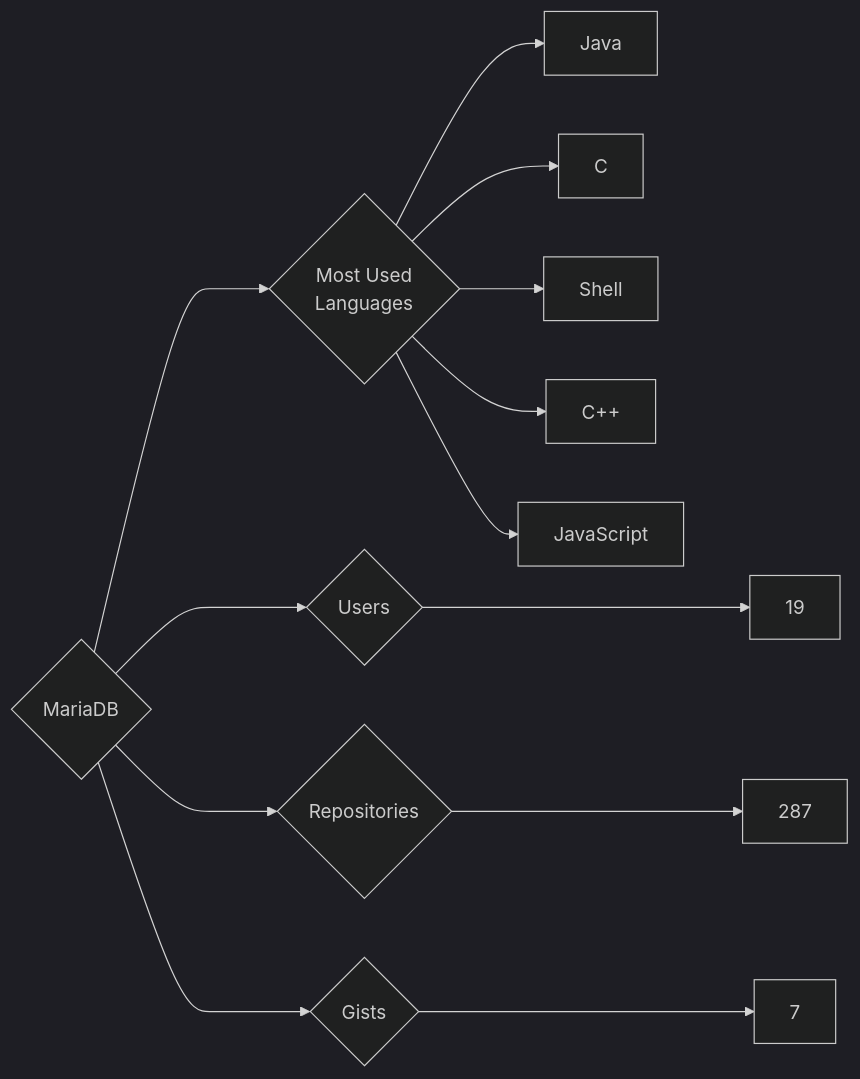
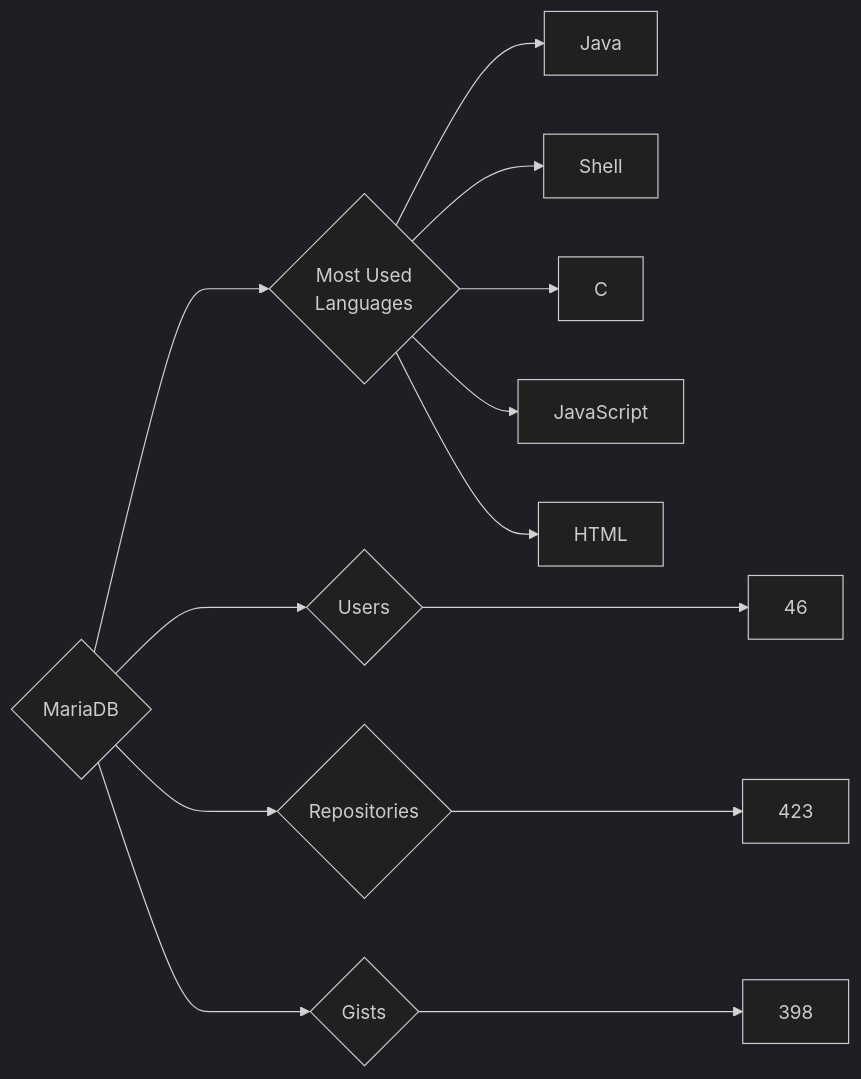
One commit to trickest/insiders changed the diagram in targets/MariaDB/README.md. Above: the diagram before and after it, drawn with Mermaid (dark theme). The commit also changed 976 other files, not shown here.

````diff
--- a/targets/MariaDB/README.md
+++ b/targets/MariaDB/README.md
@@ -3,13 +3,13 @@
 ```mermaid
 graph LR
 COMPANY_NAME{MariaDB}
-COMPANY_NAME ---> U{Users} ---> UN[19]
-COMPANY_NAME ---> R{Repositories} ---> RN[287]
-COMPANY_NAME ---> G{Gists} ---> GN[7]
+COMPANY_NAME ---> U{Users} ---> UN[46]
+COMPANY_NAME ---> R{Repositories} ---> RN[423]
+COMPANY_NAME ---> G{Gists} ---> GN[398]
 COMPANY_NAME ---> ML{Most Used<br>Languages}
 ML --> Java[Java]
+ML --> Shell[Shell]
 ML --> C[C]
-ML --> Shell[Shell]
-ML --> C++[C++]
 ML --> JavaScript[JavaScript]
+ML --> HTML[HTML]
 ```
````
